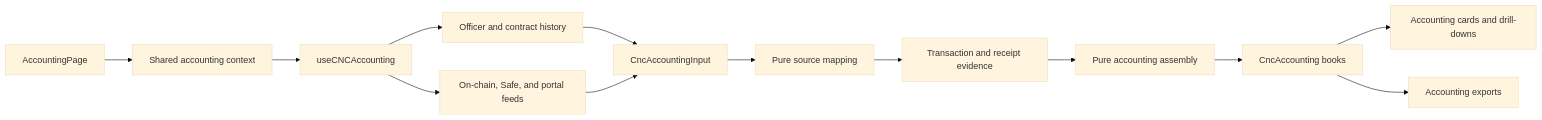
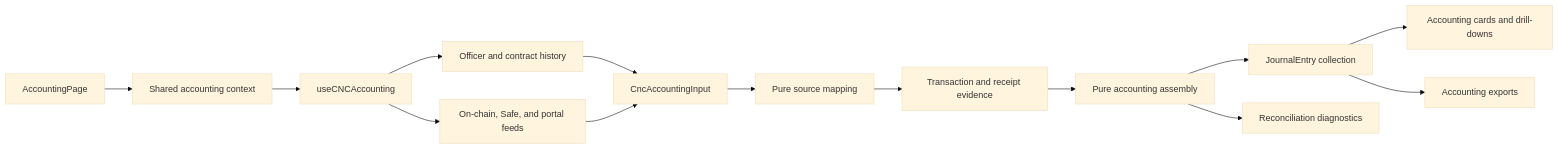
One commit to globe-and-citizen/cnc-portal changed the first of 5 diagrams in docs/implementation/accounting-read-model/README.md. Above: the diagram before and after it, drawn with Mermaid (base theme). The commit also changed other lines of this file and 2 other files, not shown here.

Commit message:
docs: 📝 document direct journal projections

````diff
--- a/docs/implementation/accounting-read-model/README.md
+++ b/docs/implementation/accounting-read-model/README.md
@@ -17,15 +18,16 @@
 ```mermaid
 flowchart LR
     page[AccountingPage] --> context[Shared accounting context]
     context --> dataLayer[useCNCAccounting]
     dataLayer --> history[Officer and contract history]
     dataLayer --> feeds[On-chain, Safe, and portal feeds]
     history --> input[CncAccountingInput]
     feeds --> input
     input --> mapped[Pure source mapping]
     mapped --> evidence[Transaction and receipt evidence]
     evidence --> assembly[Pure accounting assembly]
-    assembly --> books[CncAccounting books]
-    books --> cards[Accounting cards and drill-downs]
-    books --> exports[Accounting exports]
+    assembly --> journal[JournalEntry collection]
+    assembly --> diagnostics[Reconciliation diagnostics]
+    journal --> cards[Accounting cards and drill-downs]
+    journal --> exports[Accounting exports]
 ```
````
